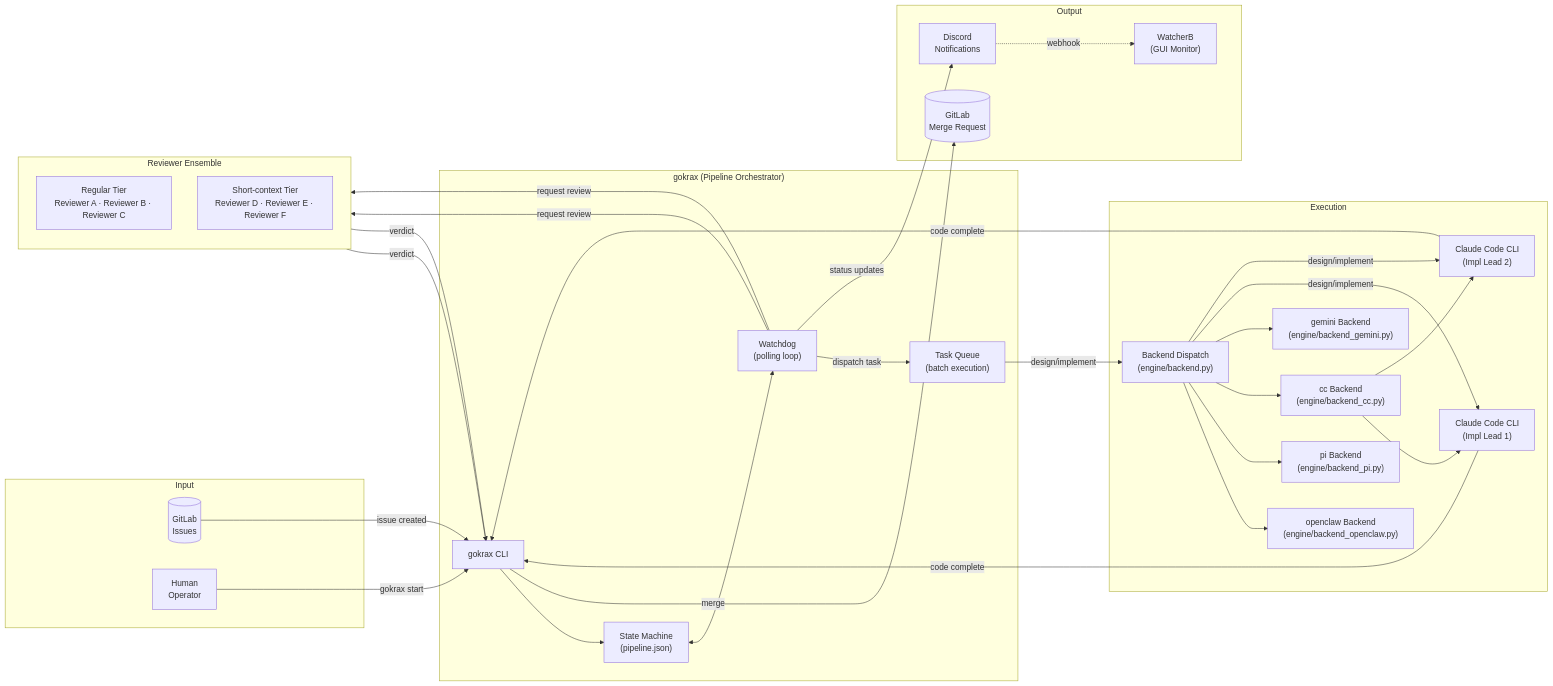
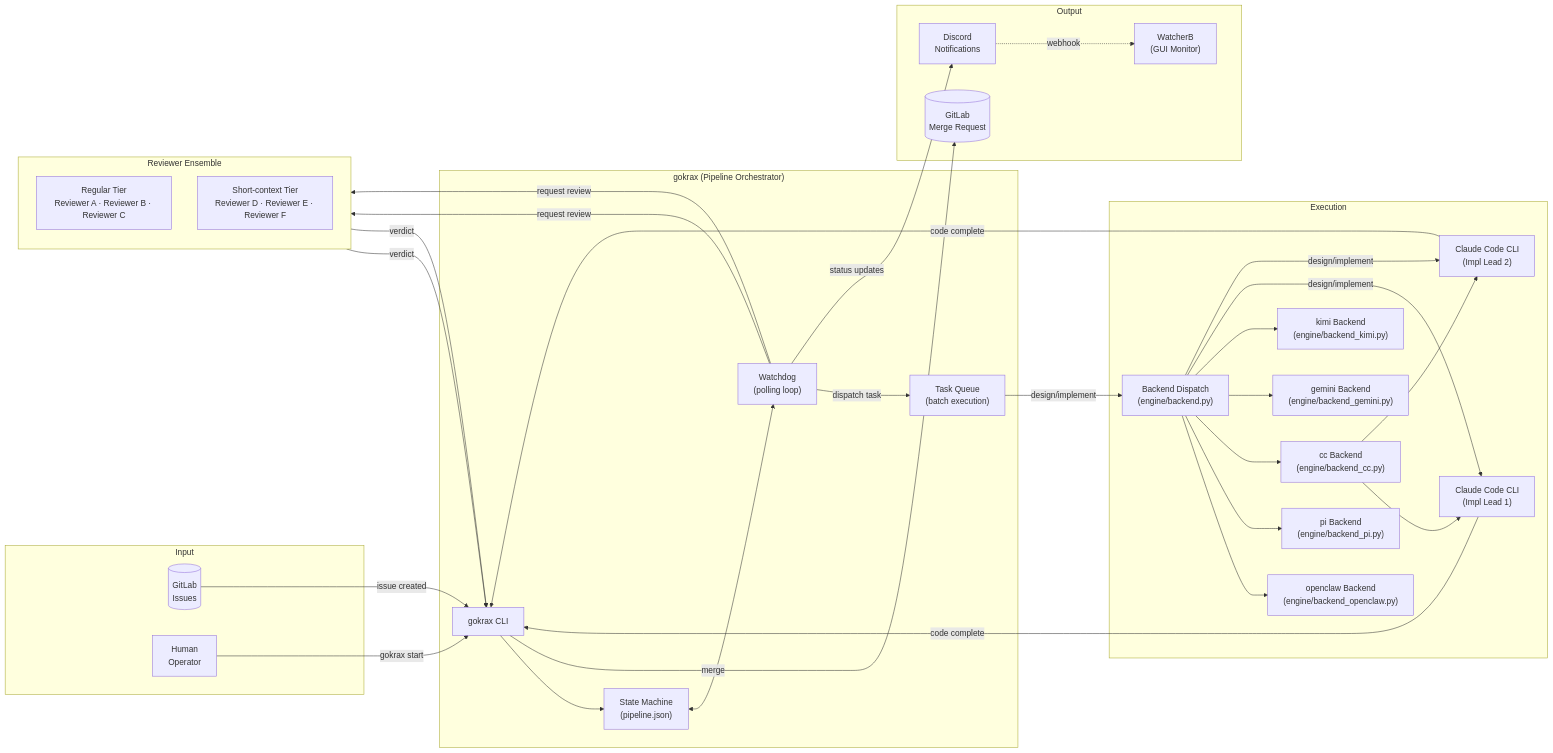
One commit to atakalive/gokrax changed the first of 6 diagrams in docs/architecture.md. Above: the diagram before and after it, drawn with Mermaid. The commit also changed 12 other files, not shown here.

Commit message:
feat: add kimi CLI backend. Closes #338

````diff
--- a/docs/architecture.md
+++ b/docs/architecture.md
@@ -7,60 +7,62 @@
 ```mermaid
 graph LR
     subgraph Input
         GL[("GitLab<br/>Issues")]
         Owner["Human<br/>Operator"]
     end
 
     subgraph gokrax["gokrax (Pipeline Orchestrator)"]
         CLI["gokrax CLI"]
         SM["State Machine<br/>(pipeline.json)"]
         WD["Watchdog<br/>(polling loop)"]
         TQ["Task Queue<br/>(batch execution)"]
     end
 
     subgraph Execution
         BD["Backend Dispatch<br/>(engine/backend.py)"]
         BE_OC["openclaw Backend<br/>(engine/backend_openclaw.py)"]
         BE_PI["pi Backend<br/>(engine/backend_pi.py)"]
         BE_CC["cc Backend<br/>(engine/backend_cc.py)"]
         BE_GM["gemini Backend<br/>(engine/backend_gemini.py)"]
+        BE_KM["kimi Backend<br/>(engine/backend_kimi.py)"]
         CC1["Claude Code CLI<br/>(Impl Lead 1)"]
         CC2["Claude Code CLI<br/>(Impl Lead 2)"]
         BD --> BE_OC
         BD --> BE_PI
         BD --> BE_CC
         BD --> BE_GM
+        BD --> BE_KM
         BE_CC --> CC1
         BE_CC --> CC2
     end
 
     subgraph Review["Reviewer Ensemble"]
         direction TB
         R_REG["Regular Tier<br/>Reviewer A · Reviewer B · Reviewer C"]
         R_SHORT["Short-context Tier<br/>Reviewer D · Reviewer E · Reviewer F"]
     end
 
     subgraph Output
         MR[("GitLab<br/>Merge Request")]
         DC["Discord<br/>Notifications"]
         WB["WatcherB<br/>(GUI Monitor)"]
     end
 
     GL -->|"issue created"| CLI
     Owner -->|"gokrax start"| CLI
     CLI --> SM
     SM <--> WD
     WD -->|"dispatch task"| TQ
     TQ -->|"design/implement"| BD
     BD -->|"design/implement"| CC1
     BD -->|"design/implement"| CC2
     WD -->|"request review"| R_REG
     WD -->|"request review"| R_SHORT
     R_REG -->|"verdict"| CLI
     R_SHORT -->|"verdict"| CLI
     CC1 -->|"code complete"| CLI
     CC2 -->|"code complete"| CLI
     CLI -->|"merge"| MR
     WD -->|"status updates"| DC
     DC -.->|"webhook"| WB
 ```
````
